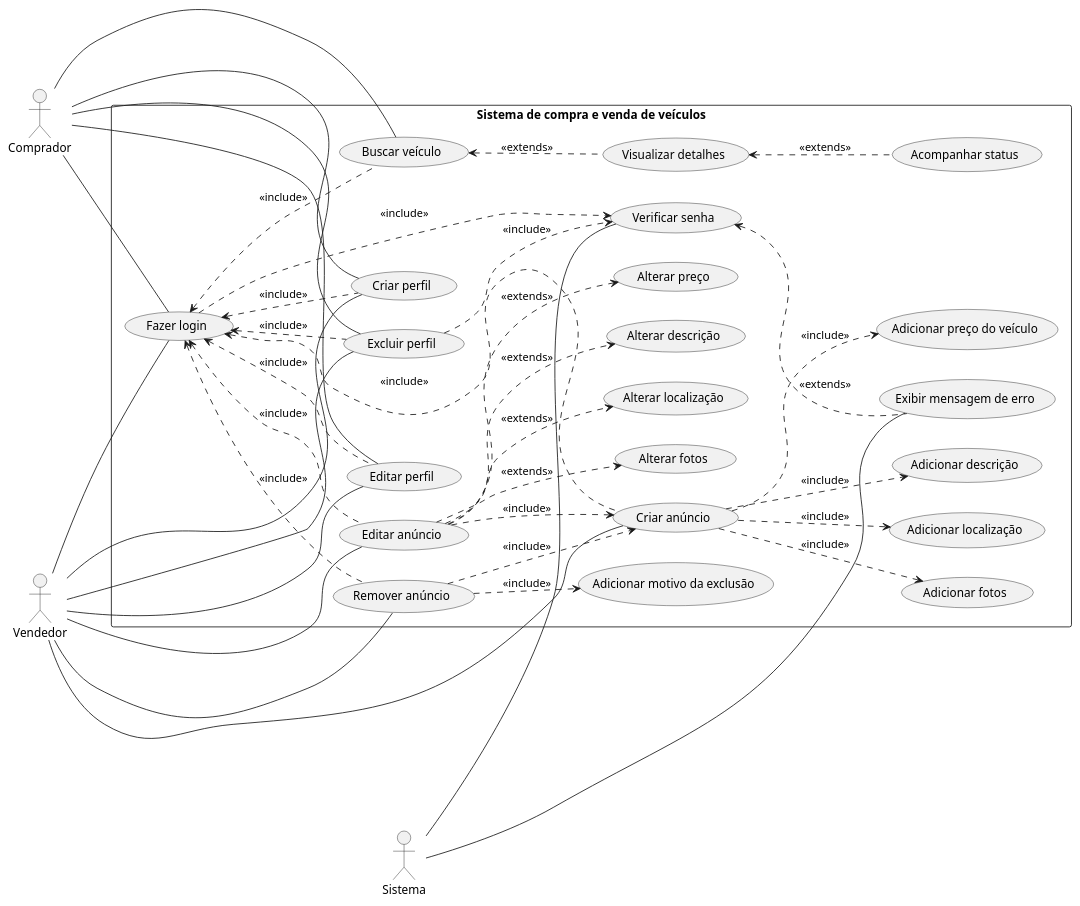
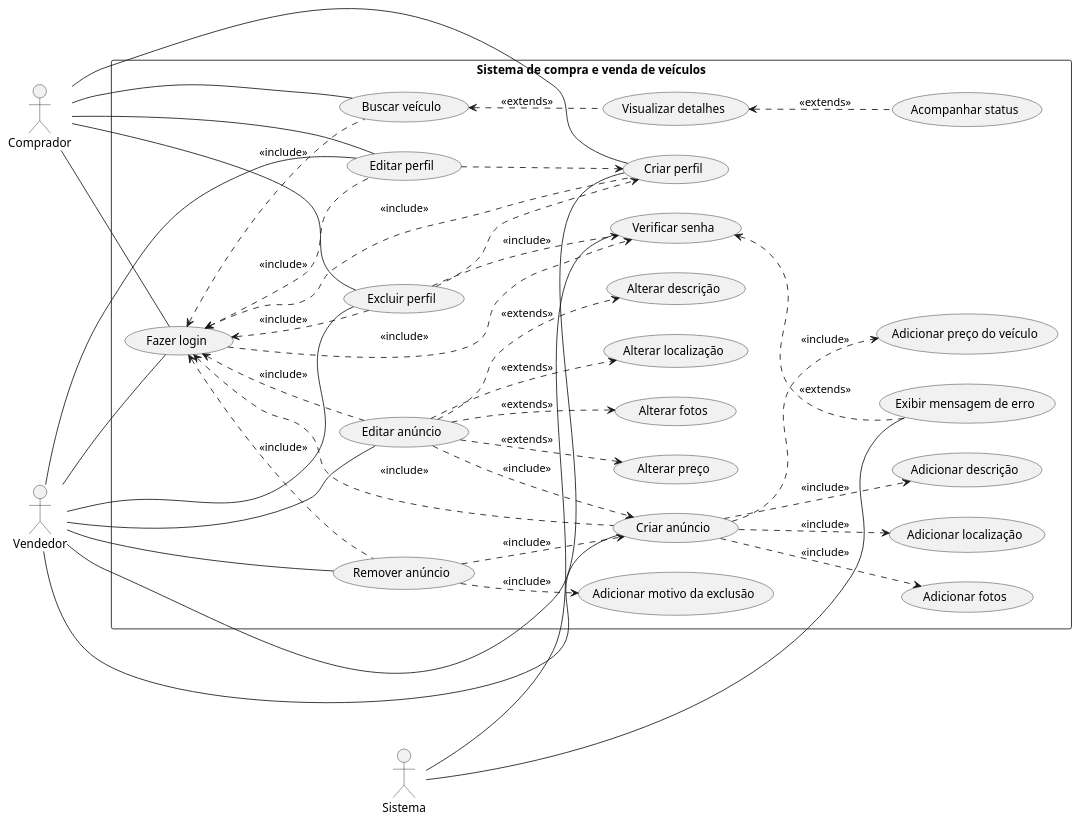
One commit to guilhermeoliveirateo/sistema-compra-venda-veiculos changed the diagram in uc_sistema.md. Above: the diagram before and after it, drawn with PlantUML.

````diff
--- a/uc_sistema.md
+++ b/uc_sistema.md
@@ -9,73 +9,75 @@
 ``` plantuml
 @startuml 
 
 left to right direction
 actor "Comprador" as comprador
 actor "Vendedor" as vendedor
 
 rectangle "Sistema de compra e venda de veículos"{
 usecase "Fazer login" as uc1
 usecase "Editar perfil" as uc2
 usecase "Criar anúncio" as uc3
 usecase "Editar anúncio" as uc4
 usecase "Remover anúncio" as uc5
 usecase "Buscar veículo" as uc6
 usecase "Verificar senha" as uc7
 usecase "Exibir mensagem de erro" as uc8
 usecase "Adicionar descrição" as uc9
 usecase "Adicionar preço do veículo" as uc10
 usecase "Alterar descrição" as uc11
 usecase "Alterar preço" as uc12
 usecase "Adicionar motivo da exclusão" as uc13
 usecase "Visualizar detalhes" as uc14
 usecase "Acompanhar status" as uc15
 usecase "Criar perfil" as uc16
 usecase "Adicionar fotos" as uc17
 usecase "Adicionar localização" as uc18
 usecase "Alterar fotos" as uc19
 usecase "Alterar localização" as uc20
 usecase "Excluir perfil" as uc21
 }
 
 actor "Sistema" as sistema
 
 vendedor -- uc16
 comprador -- uc16
 vendedor -- uc1
 comprador -- uc1
 uc1 ..> uc7 :<<include>>
 uc7 <.. uc8 :<<extends>>
 uc1 <.. uc2 :<<include>>
 uc1 <.. uc3 :<<include>>
 uc1 <.. uc4 :<<include>>
 uc1 <.. uc5 :<<include>>
 uc1 <.. uc6 :<<include>>
 uc1 <.. uc16 :<<include>>
 uc1 <.. uc21 :<<include>>
 vendedor -- uc2
 comprador -- uc2
 vendedor -- uc21
 comprador -- uc21
 uc21 ..> uc7 :<<include>>
 vendedor -- uc3
 uc3 ..> uc9 :<<include>>
 uc3 ..> uc10 :<<include>>
 uc3 ..> uc17 :<<include>>
 uc3 ..> uc18 :<<include>>
 vendedor -- uc4
 uc4 ..> uc11 :<<extends>>
 uc4 ..> uc12 :<<extends>>
 uc4 ..> uc19 :<<extends>>
 uc4 ..> uc20 :<<extends>>
 vendedor -- uc5
 uc5 ..> uc13 :<<include>>
 comprador -- uc6
 uc6 <.. uc14 :<<extends>>
 uc14 <.. uc15 :<<extends>>
 uc4 ..> uc3 :<<include>>
 uc5 ..> uc3 :<<include>>
 sistema -- uc7
 sistema -- uc8
+uc2 ..> uc16 <<include>>
+uc21 ..> uc16 <<include>>
  
 @enduml
 ```
````
